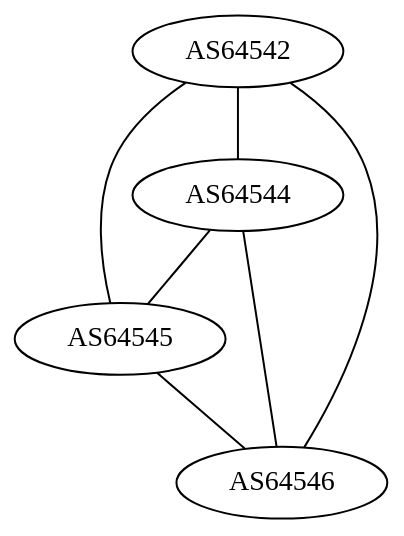
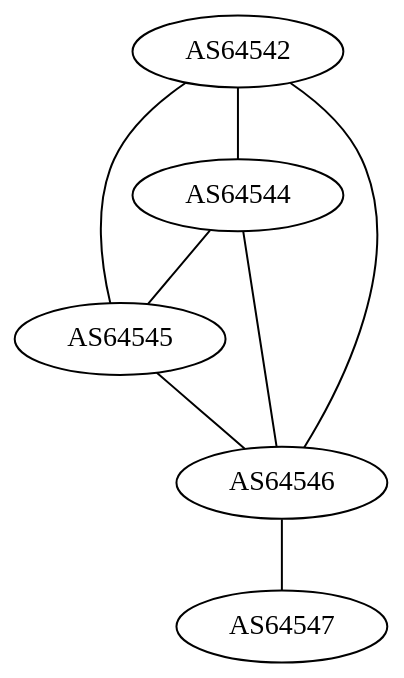
One commit to GLaNET/resources changed the diagram in as-graph.dot. Above: the diagram before and after it, drawn with Graphviz.

Commit message:
as-graph: add peering 64546 -- 64547.

```diff
--- a/as-graph.dot
+++ b/as-graph.dot
@@ -1,20 +1,22 @@
 graph GLaNET
 {
         edge [len=2];
         graph [bgcolor=transparent]
 
         //AS64540 [shape=box];
         //AS64540 [label="Caribou Route Server\nAS64540"];
         //AS64540 -- AS64542;
         //AS64540 -- AS64544;
         //AS64540 -- AS64543;
 
         AS64542 -- AS64544; // [label="1"];
         AS64542 -- AS64545;
         AS64542 -- AS64546
 
         AS64544 -- AS64545;
         AS64544 -- AS64546;
 
         AS64545 -- AS64546;
+
+        AS64546 -- AS64547;
 }
```
